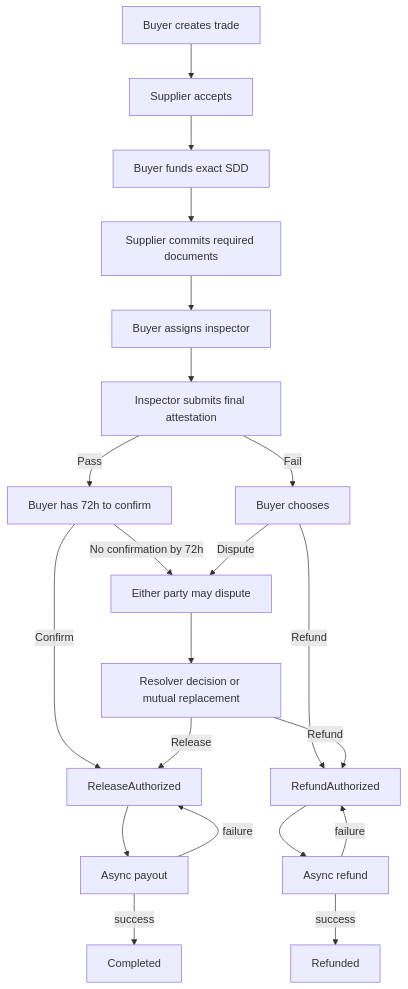
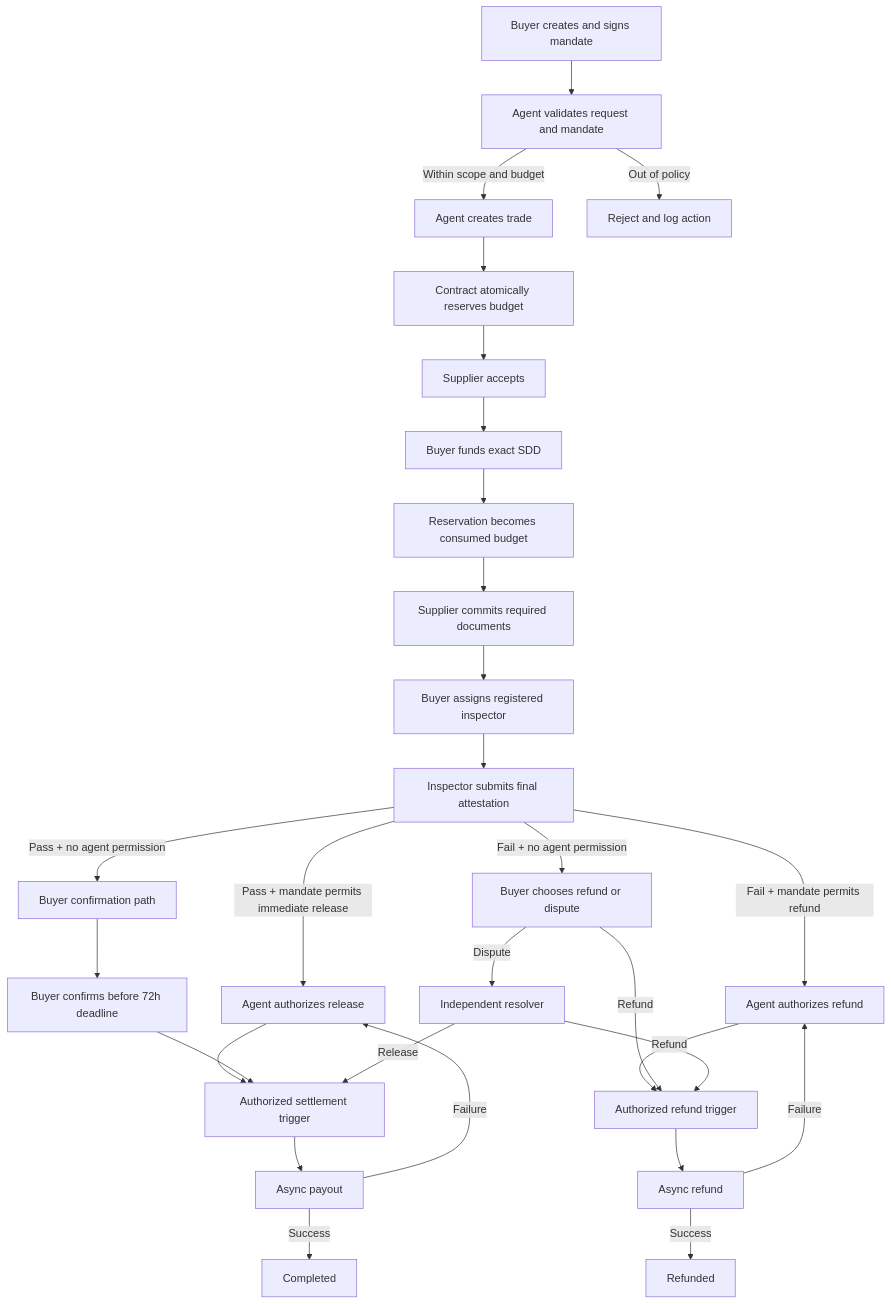
Before and after one commit to Gidy515/Riventa-finance-: the diagram in docs/diagrams/trade-lifecycle.mmd, drawn with Mermaid. The commit also changed 24 other files, not shown here.

Commit message:
docs: reconcile architecture and implementation baseline

```diff
--- a/docs/diagrams/trade-lifecycle.mmd
+++ b/docs/diagrams/trade-lifecycle.mmd
@@ -1,21 +1,29 @@
 flowchart TD
- A[Buyer creates trade] --> B[Supplier accepts]
- B --> C[Buyer funds exact SDD]
- C --> D[Supplier commits required documents]
- D --> E[Buyer assigns inspector]
- E --> F[Inspector submits final attestation]
- F -->|Pass| G[Buyer has 72h to confirm]
- G -->|Confirm| L[ReleaseAuthorized]
- G -->|No confirmation by 72h| K[Either party may dispute]
- F -->|Fail| H[Buyer chooses]
- H -->|Refund| J[RefundAuthorized]
- H -->|Dispute| K
- K --> M[Resolver decision or mutual replacement]
- M -->|Release| L
- M -->|Refund| J
- L --> N[Async payout]
- J --> O[Async refund]
- N -->|success| P[Completed]
- O -->|success| Q[Refunded]
- N -->|failure| L
- O -->|failure| J
+ A[Buyer creates and signs mandate] --> B[Agent validates request and mandate]
+ B -->|Within scope and budget| C[Agent creates trade]
+ B -->|Out of policy| X[Reject and log action]
+ C --> D[Contract atomically reserves budget]
+ D --> E[Supplier accepts]
+ E --> F[Buyer funds exact SDD]
+ F --> G[Reservation becomes consumed budget]
+ G --> H[Supplier commits required documents]
+ H --> I[Buyer assigns registered inspector]
+ I --> J[Inspector submits final attestation]
+ J -->|Pass + mandate permits immediate release| K[Agent authorizes release]
+ J -->|Pass + no agent permission| L[Buyer confirmation path]
+ L --> M[Buyer confirms before 72h deadline]
+ J -->|Fail + mandate permits refund| N[Agent authorizes refund]
+ J -->|Fail + no agent permission| O[Buyer chooses refund or dispute]
+ K --> P[Authorized settlement trigger]
+ M --> P
+ N --> Q[Authorized refund trigger]
+ O -->|Refund| Q
+ O -->|Dispute| R[Independent resolver]
+ R -->|Release| P
+ R -->|Refund| Q
+ P --> S[Async payout]
+ Q --> T[Async refund]
+ S -->|Success| U[Completed]
+ T -->|Success| V[Refunded]
+ S -->|Failure| K
+ T -->|Failure| N
```
